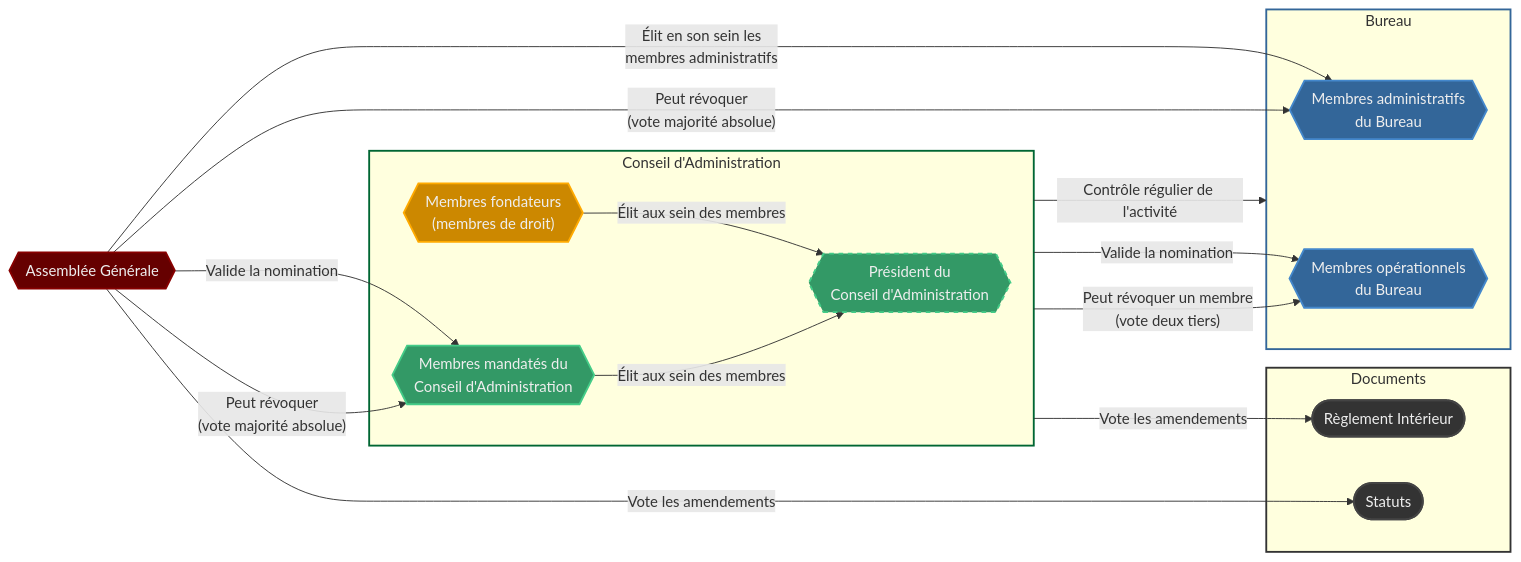
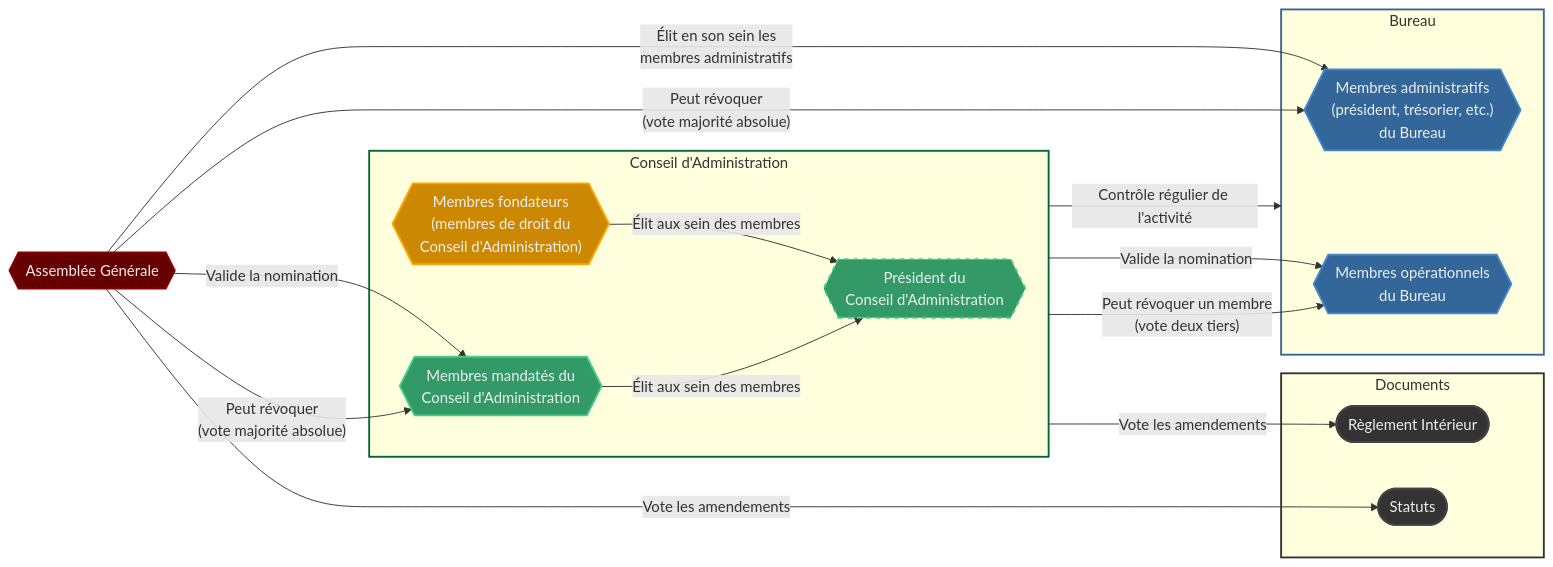
One commit to matiboux/FluffEvent-association-documents changed the diagram in Instances.md. Above: the diagram before and after it, drawn with Mermaid.

Commit message:
Update labels in Instances graph

````diff
--- a/Instances.md
+++ b/Instances.md
@@ -3,64 +3,64 @@
 ```mermaid
 graph LR
 
 AG{{"Assemblée Générale"}}
 
 BU{{"Bureau"}}
-BUA{{"Membres administratifs<br>du Bureau"}}
+BUA{{"Membres administratifs<br>(président, trésorier, etc.)<br>du Bureau"}}
 BUM{{"Membres opérationnels<br>du Bureau"}}
 
 CA{{"Conseil d'Administration"}}
 CAP{{"Président du<br>Conseil d'Administration"}}
-CAF{{"Membres fondateurs<br>(membres de droit)"}}
+CAF{{"Membres fondateurs<br>(membres de droit du<br>Conseil d'Administration)"}}
 CAM{{"Membres mandatés du<br>Conseil d'Administration"}}
 
 Statuts([Statuts])
 Reglement([Règlement Intérieur])
 
 subgraph Docs[Documents]
   Statuts
   Reglement
 end
 
 subgraph BU[Bureau]
   BUA
   BUM
 end
 
 subgraph CA[Conseil d'Administration]
   CAP
   CAF
   CAM
 end
 
 AG -->|"Élit en son sein les<br>membres administratifs"| BUA
 AG -->|"Peut révoquer<br>(vote majorité absolue)"| BUA
 
 AG -->|"Valide la nomination"| CAM
 AG -->|"Peut révoquer<br>(vote majorité absolue)"| CAM
 
 CAF -->|"Élit aux sein des membres"| CAP
 CAM -->|"Élit aux sein des membres"| CAP
 
 CA -->|"Contrôle régulier de l'activité"| BU
 CA -->|"Valide la nomination"| BUM
 CA -->|"Peut révoquer un membre<br>(vote deux tiers)"| BUM
 
 AG -->|"Vote les amendements"| Statuts
 CA -->|"Vote les amendements"| Reglement
 
 style AG fill:#600,color:#eee,stroke:#800,stroke-width:2px
 
 style BU stroke:#369,stroke-width:2px
 style BUA fill:#369,color:#eee,stroke:#48c,stroke-width:2px
 style BUM fill:#369,color:#eee,stroke:#48c,stroke-width:2px
 
 style CA stroke:#063,stroke-width:2px
 style CAP fill:#396,color:#eee,stroke:#4c8,stroke-width:2px,stroke-dasharray: 5 5
 style CAF fill:#c80,color:#eee,stroke:#fa0,stroke-width:2px
 style CAM fill:#396,color:#eee,stroke:#4c8,stroke-width:2px
 
 style Docs stroke:#333,stroke-width:2px
 style Statuts fill:#333,color:#eee,stroke:#444,stroke-width:2px
 style Reglement fill:#333,color:#eee,stroke:#444,stroke-width:2px
 ```
````
